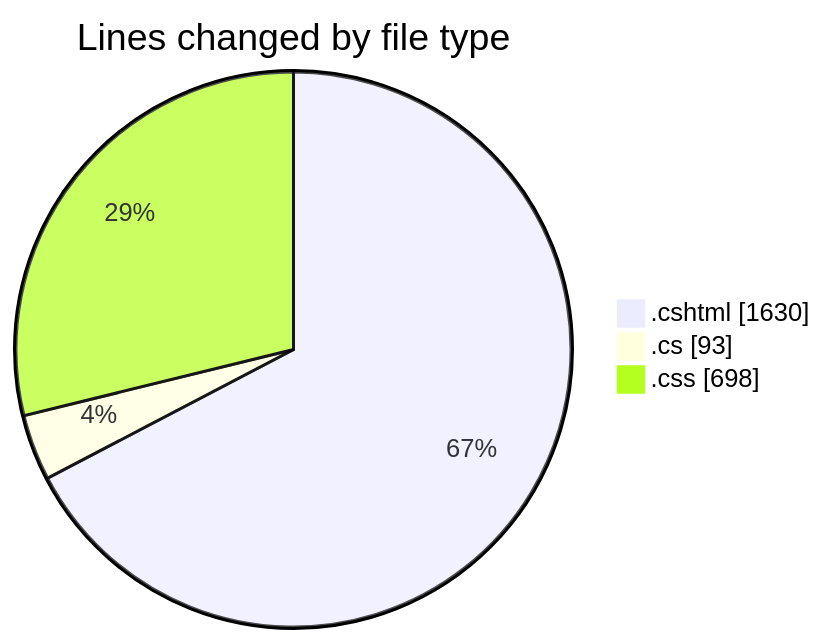
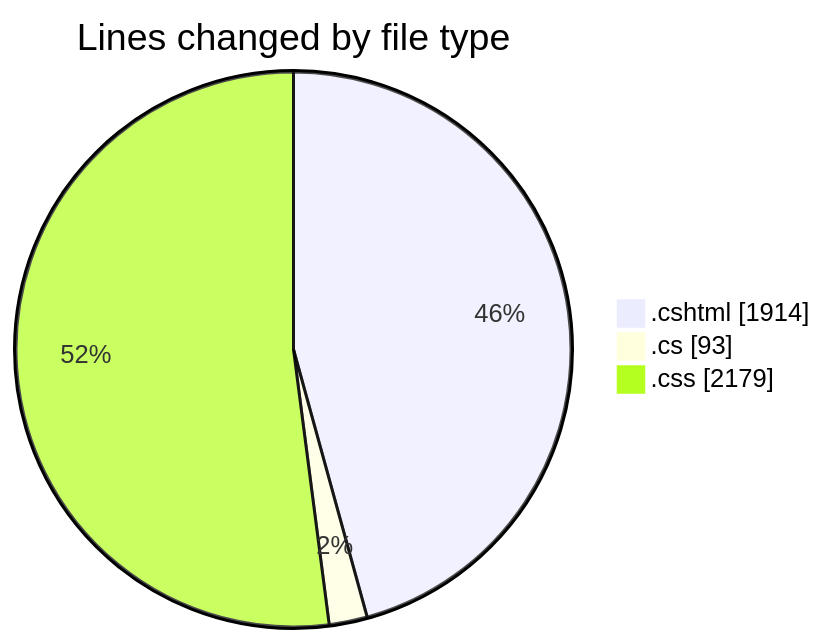
Before and after one commit to lephambinh05/code-tracking: the first of 2 diagrams in 2025-07-20/nhahang/README.md, drawn with Mermaid. The commit also changed other lines of this file and 1 other file, not shown here.

````diff
--- a/2025-07-20/nhahang/README.md
+++ b/2025-07-20/nhahang/README.md
@@ -27,7 +31,7 @@
 ```mermaid
 pie showData
 title Lines changed by file type
-".cshtml" : 1630
+".cshtml" : 1914
 ".cs" : 93
-".css" : 698
+".css" : 2179
 ```
````
